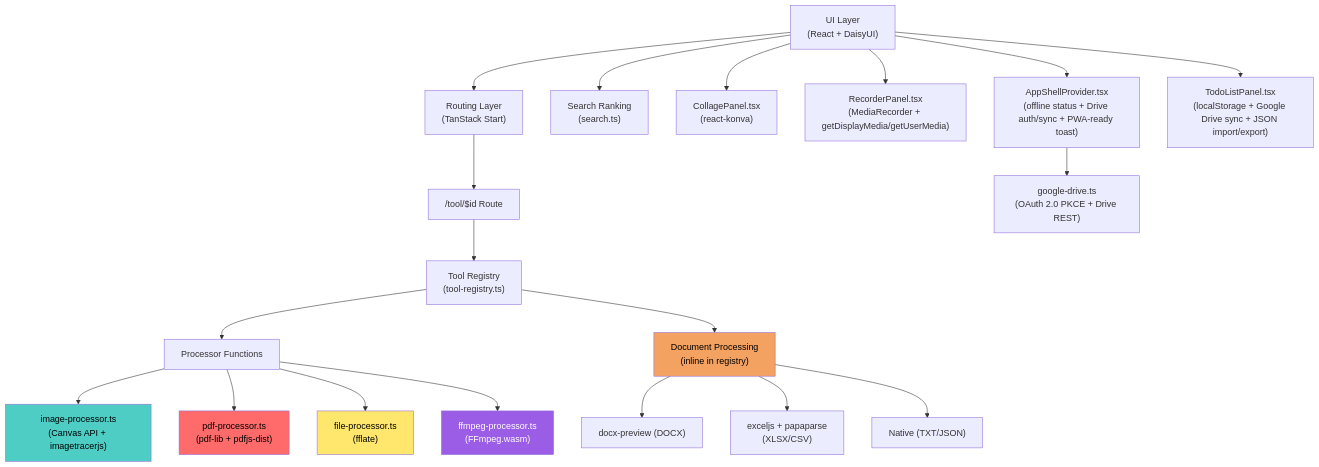
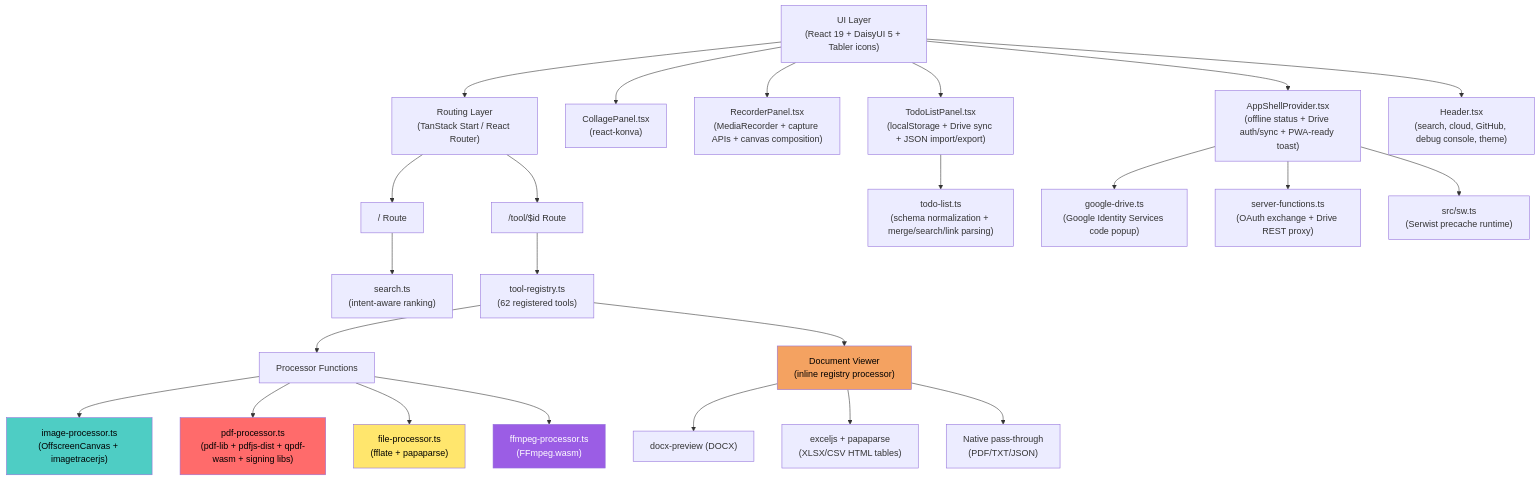
One commit to imxade/kitsy changed the first of 3 diagrams in README.md. Above: the diagram before and after it, drawn with Mermaid. The commit also changed other lines of this file, not shown here.

Commit message:
docs(readme): refresh architecture and Drive security docs

````diff
--- a/README.md
+++ b/README.md
@@ -18,27 +20,32 @@
 ```mermaid
 flowchart TD
-    UI["UI Layer<br/>(React + DaisyUI)"] --> Router["Routing Layer<br/>(TanStack Start)"]
+    UI["UI Layer<br/>(React 19 + DaisyUI 5 + Tabler icons)"] --> Router["Routing Layer<br/>(TanStack Start / React Router)"]
+    Router --> HomeRoute["/ Route"]
     Router --> ToolRoute["/tool/$id Route"]
-    ToolRoute --> Registry["Tool Registry<br/>(tool-registry.ts)"]
-    UI --> SearchRank["Search Ranking<br/>(search.ts)"]
+    HomeRoute --> SearchRank["search.ts<br/>(intent-aware ranking)"]
+    ToolRoute --> Registry["tool-registry.ts<br/>(62 registered tools)"]
     Registry --> Processors["Processor Functions"]
-    Processors --> ImgProc["image-processor.ts<br/>(Canvas API + imagetracerjs)"]
-    Processors --> PdfProc["pdf-processor.ts<br/>(pdf-lib + pdfjs-dist)"]
-    Processors --> FileProc["file-processor.ts<br/>(fflate)"]
+    Processors --> ImgProc["image-processor.ts<br/>(OffscreenCanvas + imagetracerjs)"]
+    Processors --> PdfProc["pdf-processor.ts<br/>(pdf-lib + pdfjs-dist + qpdf-wasm + signing libs)"]
+    Processors --> FileProc["file-processor.ts<br/>(fflate + papaparse)"]
     Processors --> FfmpegProc["ffmpeg-processor.ts<br/>(FFmpeg.wasm)"]
-    Registry --> DocInline["Document Processing<br/>(inline in registry)"]
+    Registry --> DocInline["Document Viewer<br/>(inline registry processor)"]
     DocInline --> docxPrev["docx-preview (DOCX)"]
-    DocInline --> xlsxLib["exceljs + papaparse<br/>(XLSX/CSV)"]
-    DocInline --> txtJson["Native (TXT/JSON)"]
+    DocInline --> xlsxLib["exceljs + papaparse<br/>(XLSX/CSV HTML tables)"]
+    DocInline --> nativeDocs["Native pass-through<br/>(PDF/TXT/JSON)"]
     UI --> CollageUI["CollagePanel.tsx<br/>(react-konva)"]
-    UI --> RecorderUI["RecorderPanel.tsx<br/>(MediaRecorder + getDisplayMedia/getUserMedia)"]
+    UI --> RecorderUI["RecorderPanel.tsx<br/>(MediaRecorder + capture APIs + canvas composition)"]
+    UI --> TodoUI["TodoListPanel.tsx<br/>(localStorage + Drive sync + JSON import/export)"]
+    TodoUI --> TodoModel["todo-list.ts<br/>(schema normalization + merge/search/link parsing)"]
     UI --> ShellUI["AppShellProvider.tsx<br/>(offline status + Drive auth/sync + PWA-ready toast)"]
-    UI --> TodoUI["TodoListPanel.tsx<br/>(localStorage + Google Drive sync + JSON import/export)"]
-    ShellUI --> Drive["google-drive.ts<br/>(OAuth 2.0 PKCE + Drive REST)"]
+    UI --> Header["Header.tsx<br/>(search, cloud, GitHub, debug console, theme)"]
+    ShellUI --> DriveAuth["google-drive.ts<br/>(Google Identity Services code popup)"]
+    ShellUI --> ServerFns["server-functions.ts<br/>(OAuth exchange + Drive REST proxy)"]
+    ShellUI --> SW["src/sw.ts<br/>(Serwist precache runtime)"]
 
     style ImgProc fill:#4ecdc4,color:#000
     style PdfProc fill:#ff6b6b,color:#000
     style FileProc fill:#ffe66d,color:#000
     style FfmpegProc fill:#9b5de5,color:#fff
     style DocInline fill:#f4a261,color:#000
 ```
````
